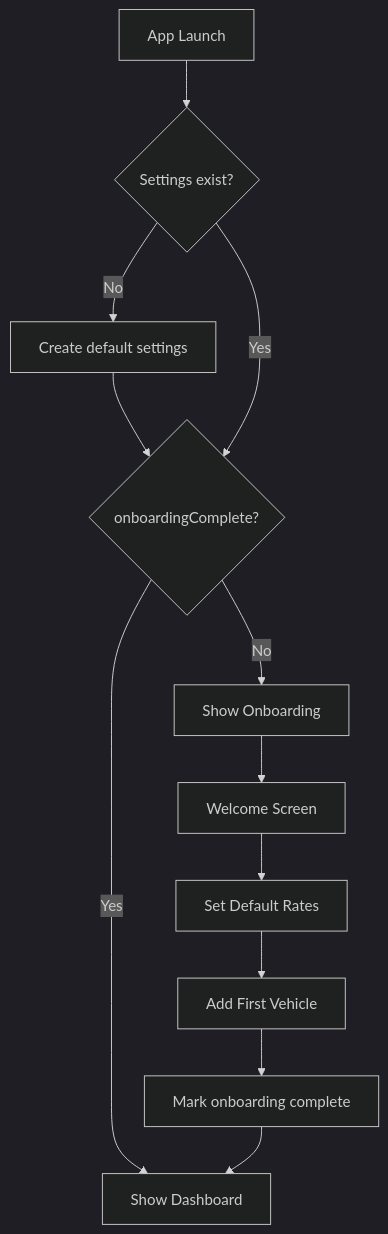
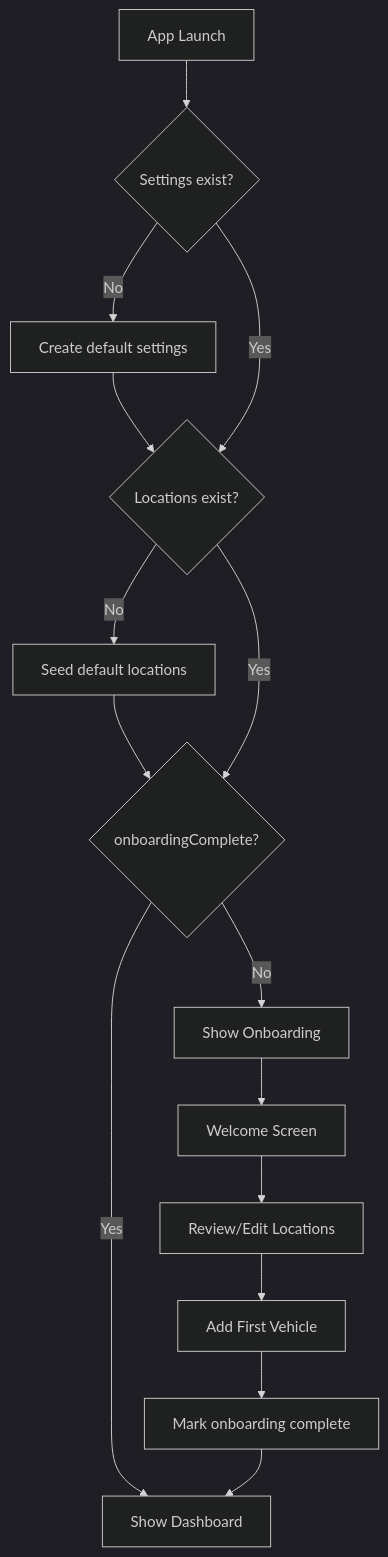
Before and after one commit to vanister/ev_charge_tracker: the second of 3 diagrams in docs/technical-design.md, drawn with Mermaid (dark theme). The commit also changed other lines of this file and 6 other files, not shown here.

````diff
--- a/docs/technical-design.md
+++ b/docs/technical-design.md
@@ -157,15 +176,18 @@
 ```mermaid
 flowchart TD
     A[App Launch] --> B{Settings exist?}
     B -->|No| C[Create default settings]
-    C --> D{onboardingComplete?}
+    C --> D{Locations exist?}
     B -->|Yes| D
-    D -->|No| E[Show Onboarding]
-    D -->|Yes| F[Show Dashboard]
+    D -->|No| E[Seed default locations]
+    E --> F{onboardingComplete?}
+    D -->|Yes| F
+    F -->|No| G[Show Onboarding]
+    F -->|Yes| H[Show Dashboard]
     
-    E --> G[Welcome Screen]
-    G --> H[Set Default Rates]
-    H --> I[Add First Vehicle]
-    I --> J[Mark onboarding complete]
-    J --> F
+    G --> I[Welcome Screen]
+    I --> J[Review/Edit Locations]
+    J --> K[Add First Vehicle]
+    K --> L[Mark onboarding complete]
+    L --> H
 ```
````
